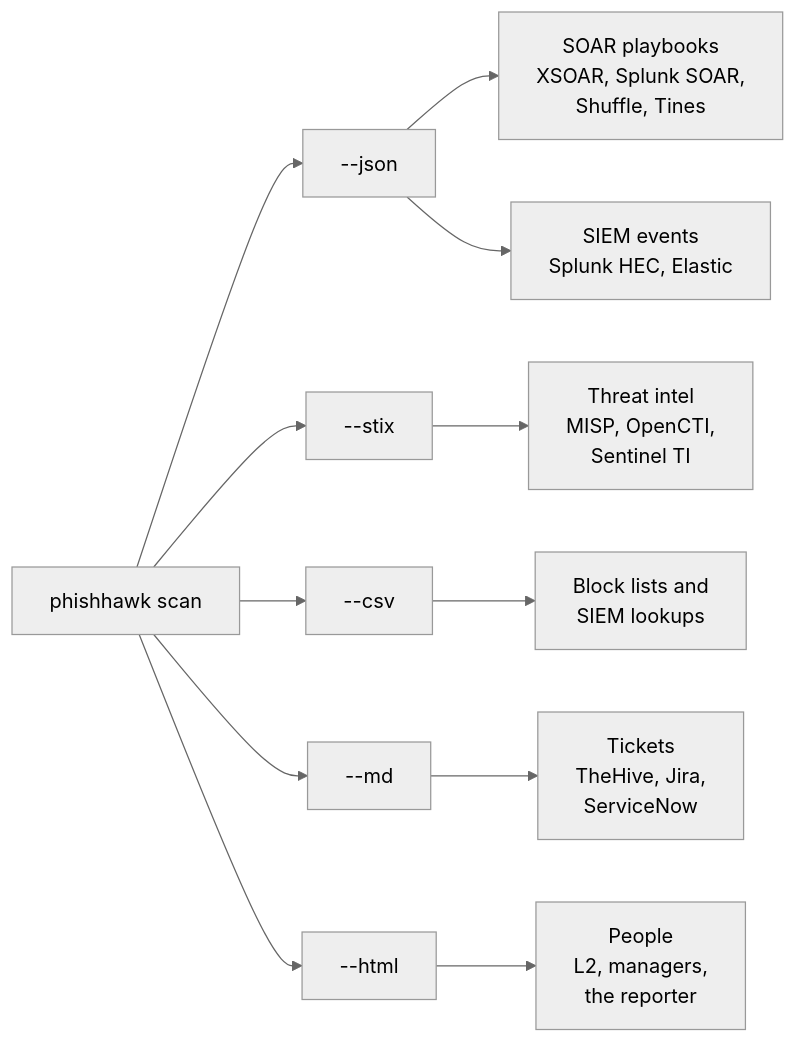
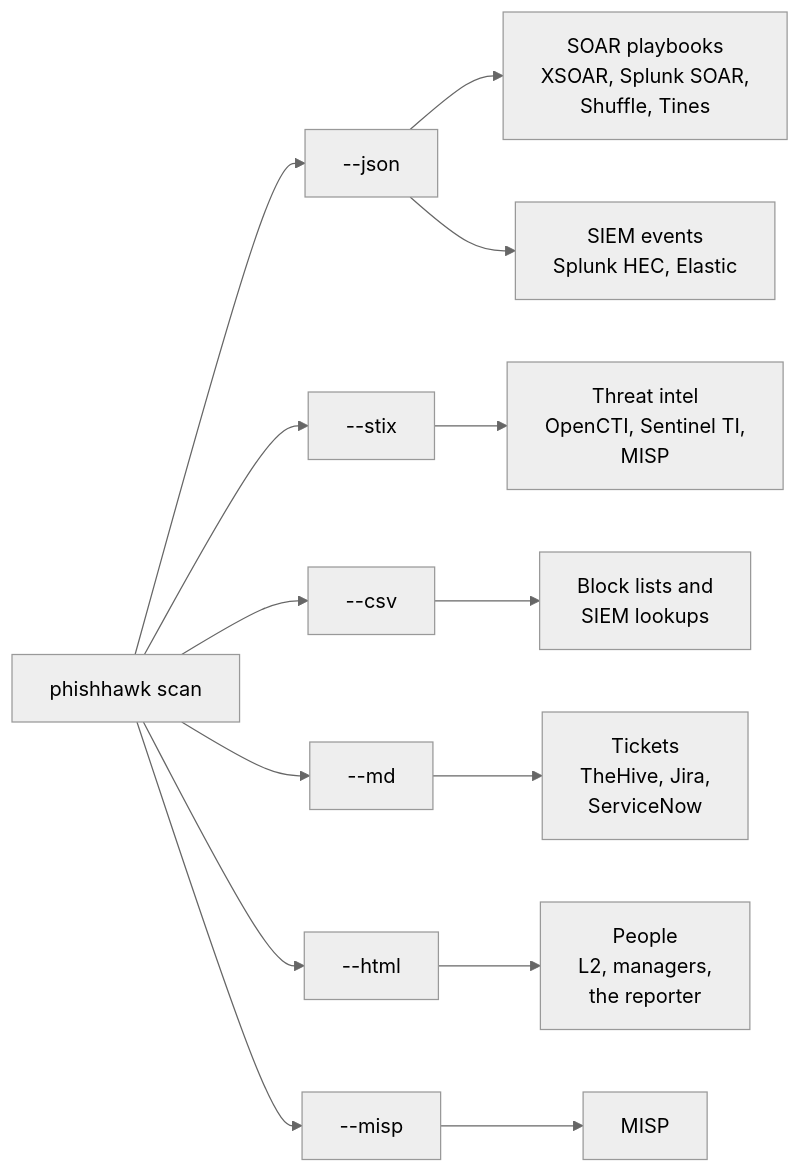
The diagram in docs/INTEGRATIONS.md (vinitrami-Soc/phishhawk), drawn with Mermaid (neutral theme) before and after one commit. The commit also changed other lines of this file and 82 other files, not shown here.

````diff
--- a/docs/INTEGRATIONS.md
+++ b/docs/INTEGRATIONS.md
@@ -24,14 +24,16 @@
 ```mermaid
 flowchart LR
     PH["phishhawk scan"] --> J["--json"]
     PH --> X["--stix"]
     PH --> C["--csv"]
     PH --> M["--md"]
     PH --> H["--html"]
+    PH --> MI["--misp"]
+    MI --> MISP["MISP"]
     J --> SOAR["SOAR playbooks<br/>XSOAR, Splunk SOAR,<br/>Shuffle, Tines"]
     J --> SIEM["SIEM events<br/>Splunk HEC, Elastic"]
-    X --> TIP["Threat intel<br/>MISP, OpenCTI,<br/>Sentinel TI"]
+    X --> TIP["Threat intel<br/>OpenCTI, Sentinel TI,<br/>MISP"]
     C --> BL["Block lists and<br/>SIEM lookups"]
     M --> CASE["Tickets<br/>TheHive, Jira,<br/>ServiceNow"]
     H --> PEOPLE["People<br/>L2, managers,<br/>the reporter"]
 ```
````
